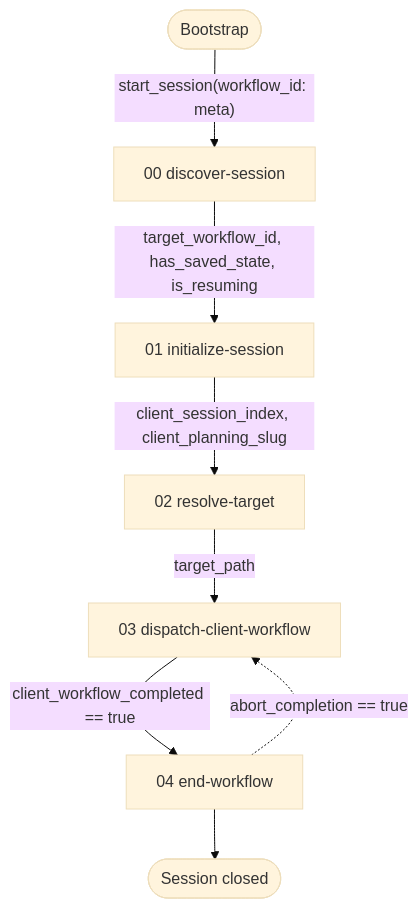
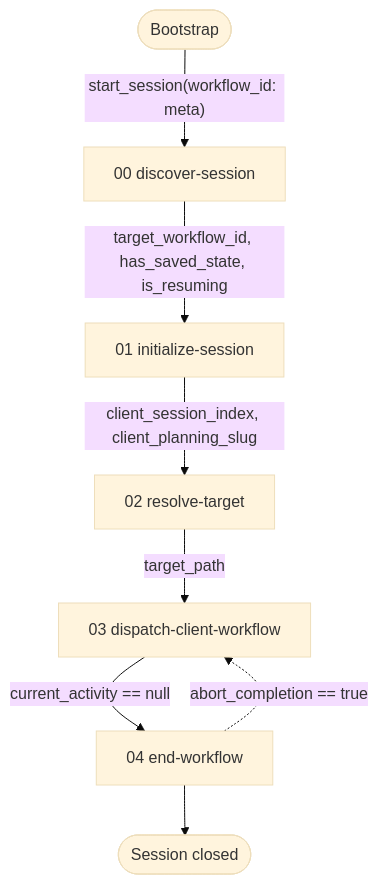
The first of 2 diagrams in meta/README.md (m2ux/workflow-server), drawn with Mermaid (base theme) before and after one commit. The commit also changed other lines of this file and 16 other files, not shown here.

First line of the commit message:
docs: eliminate prose + mermaid staleness in migrated workflow READMEs

````diff
--- a/meta/README.md
+++ b/meta/README.md
@@ -36,10 +36,10 @@
 ```mermaid
 graph TD
     startNode(["Bootstrap"]) -->|"start_session(workflow_id: meta)"| DS["00 discover-session"]
     DS -->|"target_workflow_id, has_saved_state, is_resuming"| INI["01 initialize-session"]
     INI -->|"client_session_index, client_planning_slug"| RT["02 resolve-target"]
     RT -->|"target_path"| DSP["03 dispatch-client-workflow"]
-    DSP -->|"client_workflow_completed == true"| END["04 end-workflow"]
+    DSP -->|"current_activity == null"| END["04 end-workflow"]
     END -.->|"abort_completion == true"| DSP
     END --> doneNode(["Session closed"])
 ```
````
